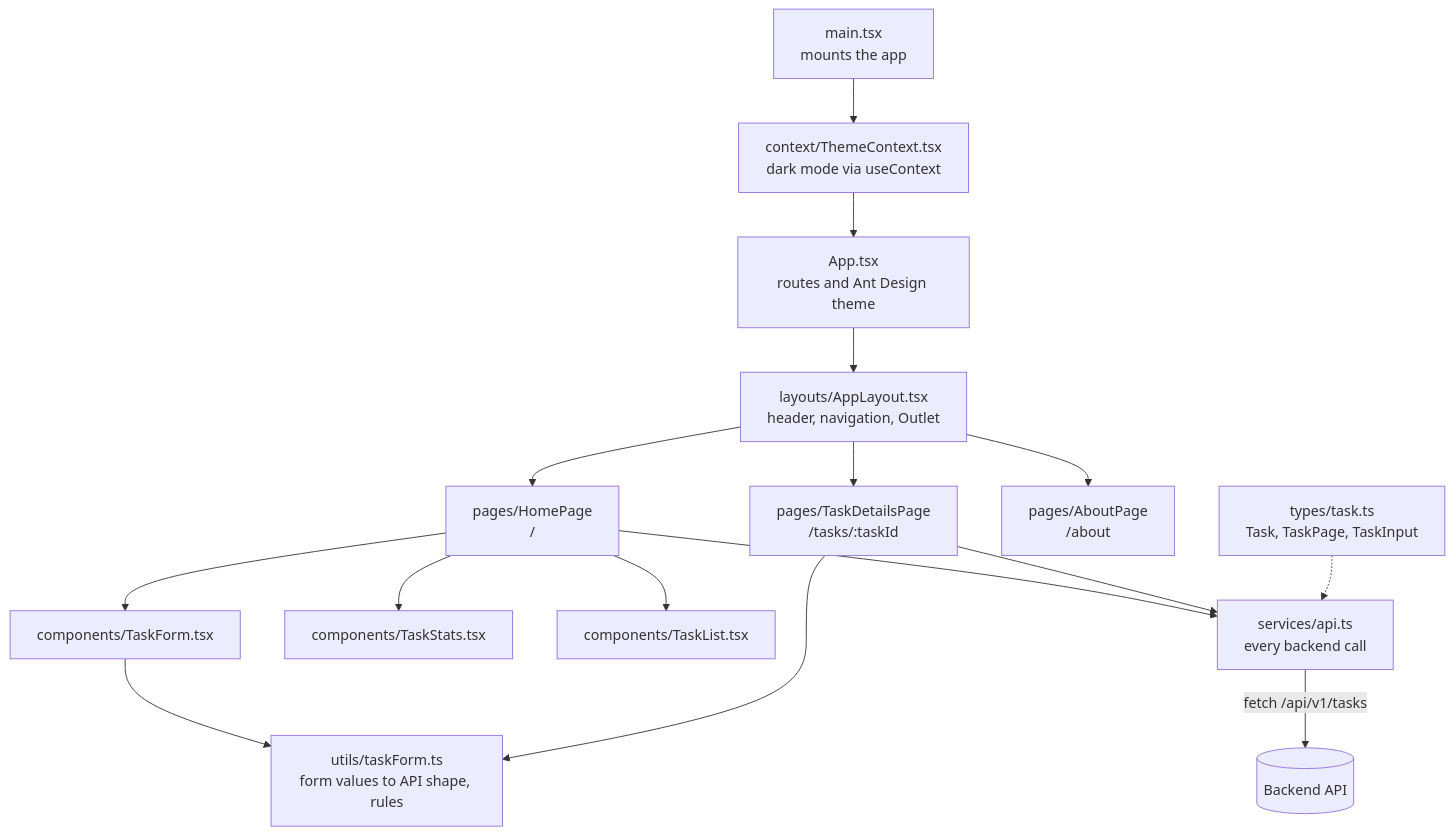
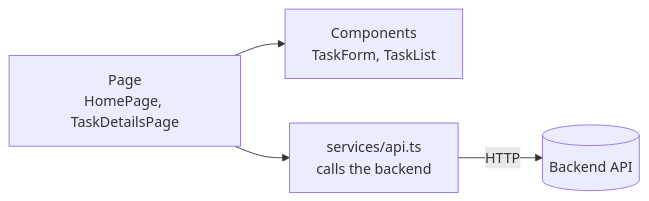
Before and after one commit to sayef-reyadh-labs/smarter-todo: the first of 2 diagrams in README.md, drawn with Mermaid. The commit also changed other lines of this file, not shown here.

Commit message:
docs: simplify the readme diagrams to a high-level view (#3)

````diff
--- a/README.md
+++ b/README.md
@@ -54,18 +54,6 @@
 ```mermaid
-flowchart TD
-    main["main.tsx<br/>mounts the app"] --> theme["context/ThemeContext.tsx<br/>dark mode via useContext"]
-    theme --> app["App.tsx<br/>routes and Ant Design theme"]
-    app --> layout["layouts/AppLayout.tsx<br/>header, navigation, Outlet"]
-    layout --> home["pages/HomePage<br/>/"]
-    layout --> details["pages/TaskDetailsPage<br/>/tasks/:taskId"]
-    layout --> about["pages/AboutPage<br/>/about"]
-    home --> form["components/TaskForm.tsx"]
-    home --> stats["components/TaskStats.tsx"]
-    home --> list["components/TaskList.tsx"]
-    form --> utils["utils/taskForm.ts<br/>form values to API shape, rules"]
-    details --> utils
-    home --> api["services/api.ts<br/>every backend call"]
-    details --> api
-    types["types/task.ts<br/>Task, TaskPage, TaskInput"] -.-> api
-    api -->|"fetch /api/v1/tasks"| backend[("Backend API")]
+flowchart LR
+    page["Page<br/>HomePage, TaskDetailsPage"] --> comp["Components<br/>TaskForm, TaskList"]
+    page --> api["services/api.ts<br/>calls the backend"]
+    api -->|"HTTP"| backend[("Backend API")]
 ```
````
